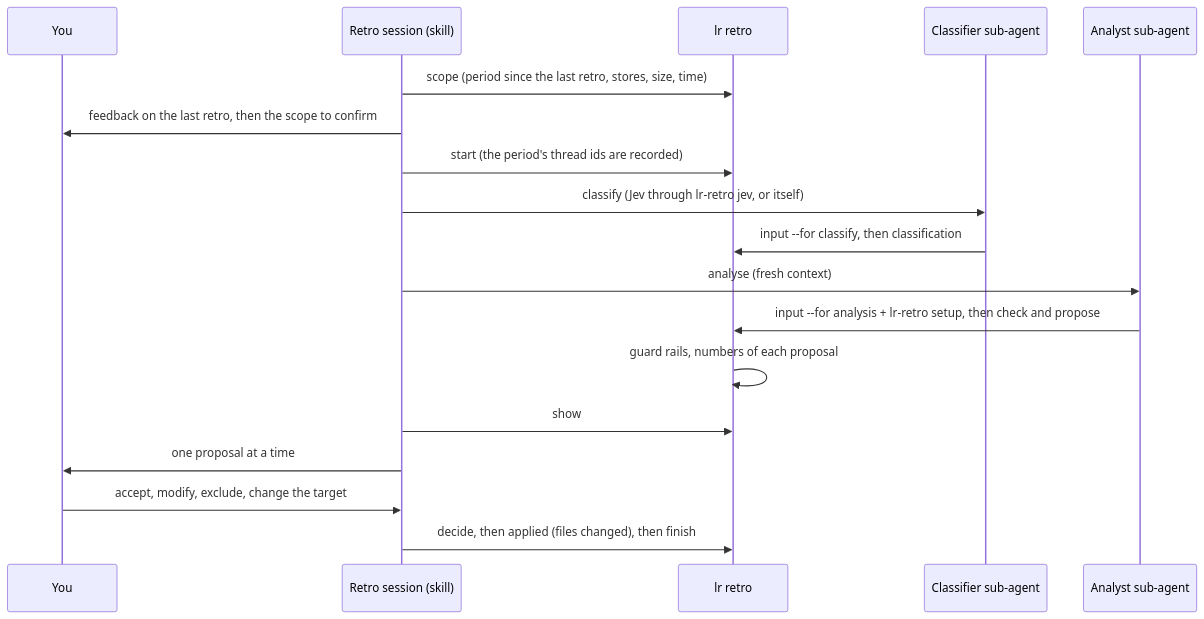
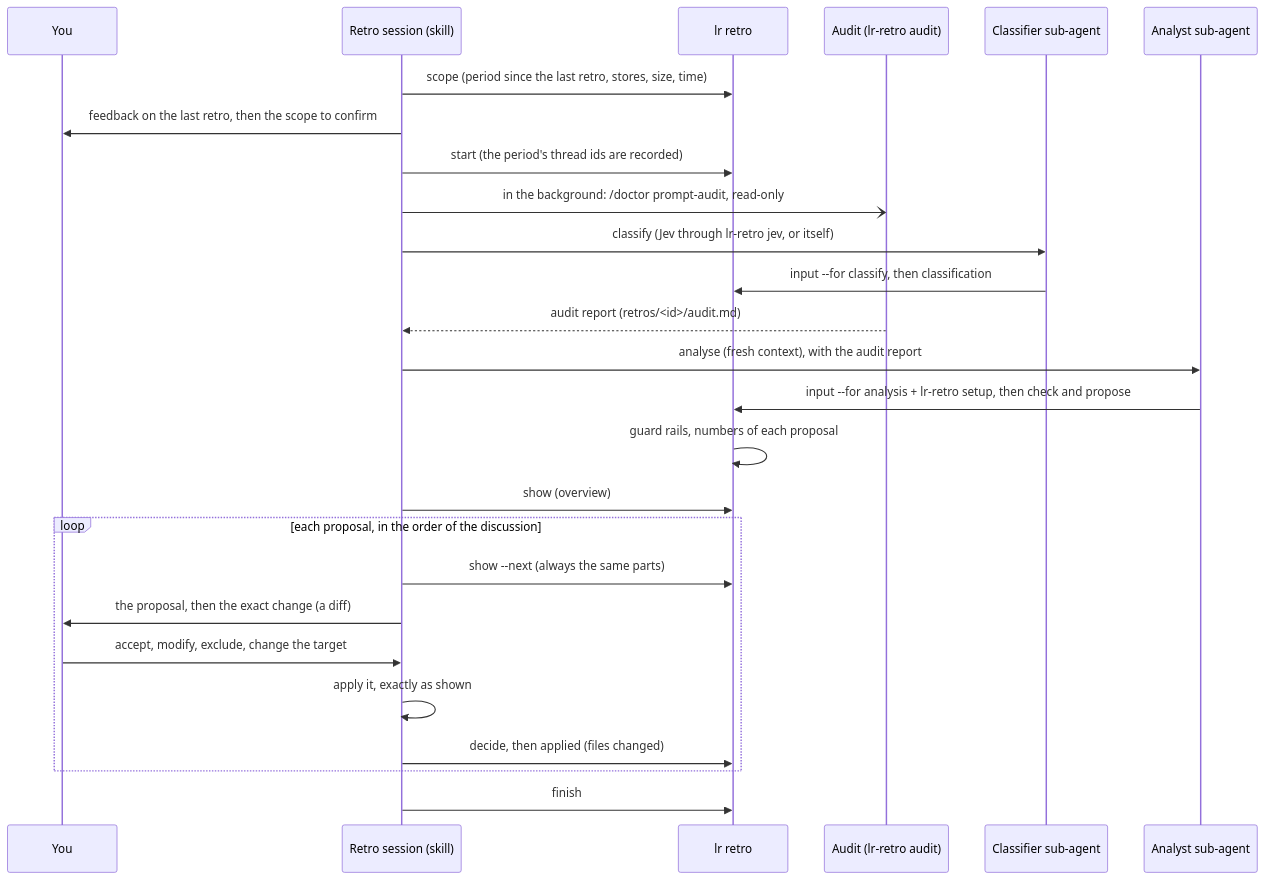
Before and after one commit to silykat/silykat: the second of 3 diagrams in docs/architecture.md, drawn with Mermaid. The commit also changed other lines of this file and 10 other files, not shown here.

Commit message:
feat(claude-code): audit the setup during a retro and show the exact change of each proposal

````diff
--- a/docs/architecture.md
+++ b/docs/architecture.md
@@ -81,20 +81,28 @@
 ```mermaid
 sequenceDiagram
   participant U as You
   participant S as Retro session (skill)
   participant L as lr retro
+  participant D as Audit (lr-retro audit)
   participant C as Classifier sub-agent
   participant A as Analyst sub-agent
   S->>L: scope (period since the last retro, stores, size, time)
   S->>U: feedback on the last retro, then the scope to confirm
   S->>L: start (the period's thread ids are recorded)
+  S-)D: in the background: /doctor prompt-audit, read-only
   S->>C: classify (Jev through lr-retro jev, or itself)
   C->>L: input --for classify, then classification
-  S->>A: analyse (fresh context)
+  D-->>S: audit report (retros/<id>/audit.md)
+  S->>A: analyse (fresh context), with the audit report
   A->>L: input --for analysis + lr-retro setup, then check and propose
   L->>L: guard rails, numbers of each proposal
-  S->>L: show
-  S->>U: one proposal at a time
-  U->>S: accept, modify, exclude, change the target
-  S->>L: decide, then applied (files changed), then finish
+  S->>L: show (overview)
+  loop each proposal, in the order of the discussion
+    S->>L: show --next (always the same parts)
+    S->>U: the proposal, then the exact change (a diff)
+    U->>S: accept, modify, exclude, change the target
+    S->>S: apply it, exactly as shown
+    S->>L: decide, then applied (files changed)
+  end
+  S->>L: finish
 ```
````
